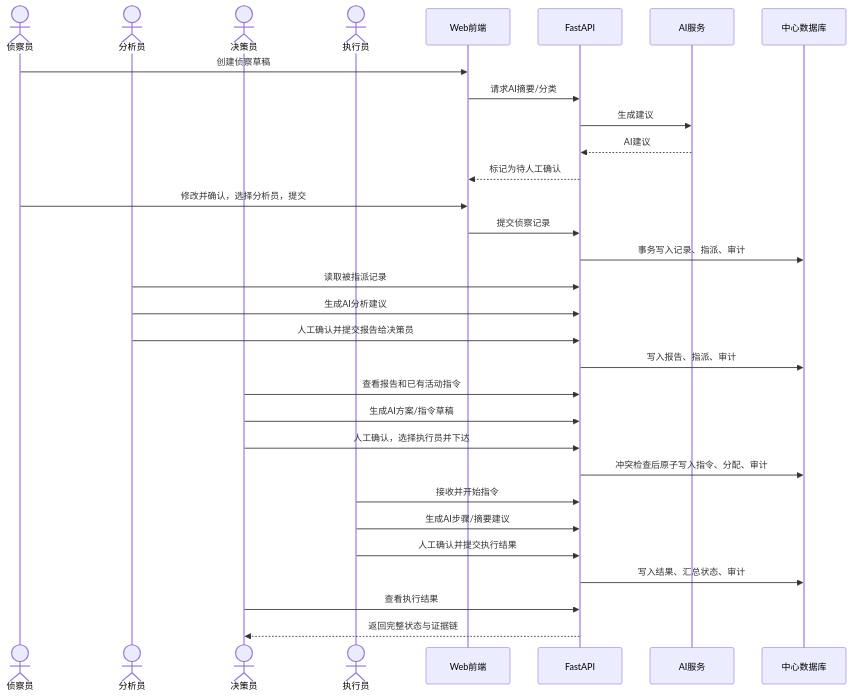
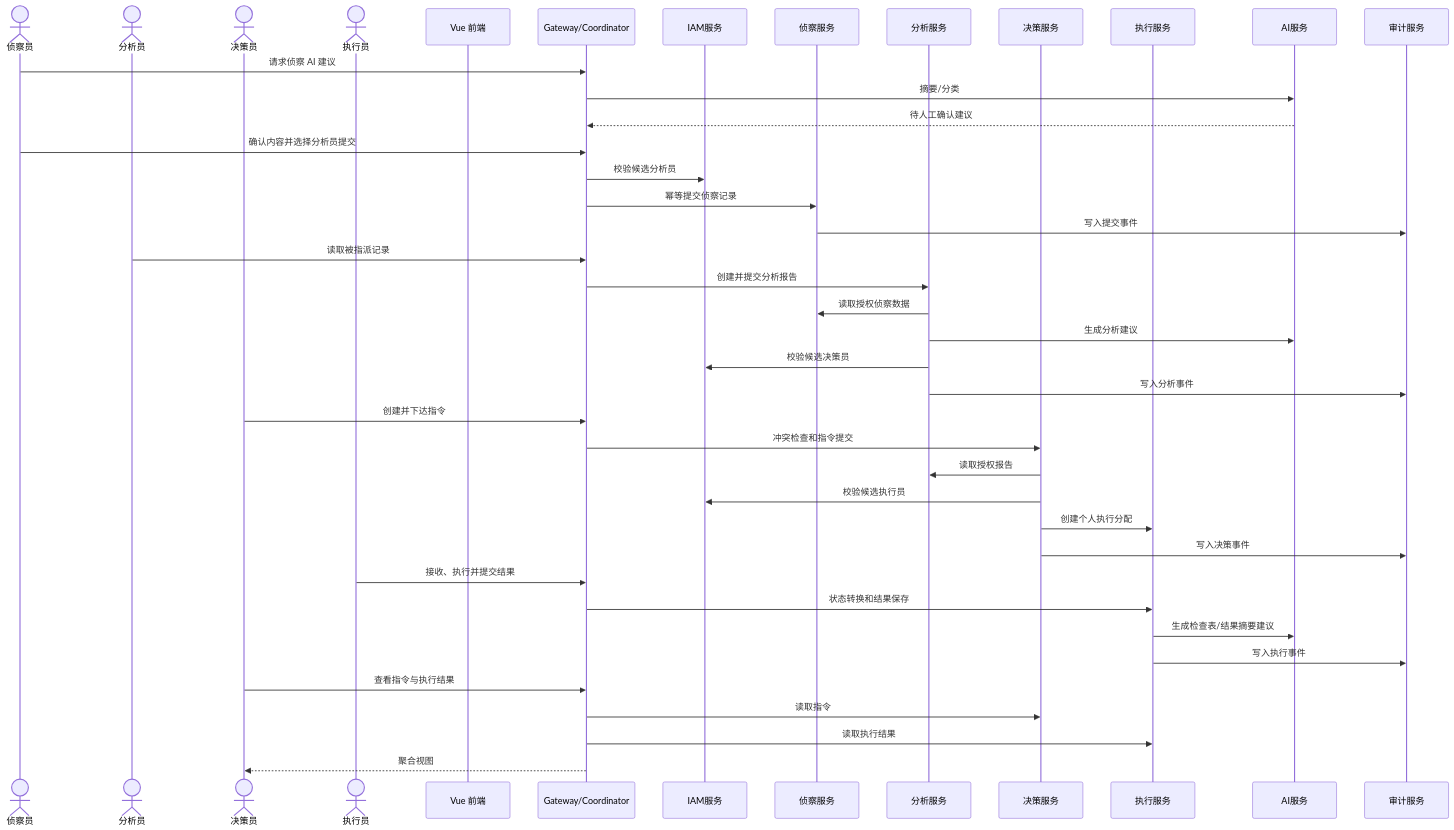
One commit to Nev3r1ove9y0rmyX/NIS changed the third of 4 diagrams in docs/architecture.md. Above: the diagram before and after it, drawn with Mermaid. The commit also changed other lines of this file and 12 other files, not shown here.

````diff
--- a/docs/architecture.md
+++ b/docs/architecture.md
@@ -62,38 +118,48 @@
 ```mermaid
 sequenceDiagram
   actor R as 侦察员
   actor A as 分析员
   actor D as 决策员
   actor E as 执行员
-  participant UI as Web前端
-  participant API as FastAPI
+  participant UI as Vue 前端
+  participant GW as Gateway/Coordinator
+  participant IAM as IAM服务
+  participant REC as 侦察服务
+  participant ANA as 分析服务
+  participant DEC as 决策服务
+  participant EXE as 执行服务
   participant AI as AI服务
-  participant DB as 中心数据库
+  participant AUD as 审计服务
 
-  R->>UI: 创建侦察草稿
-  UI->>API: 请求AI摘要/分类
-  API->>AI: 生成建议
-  AI-->>API: AI建议
-  API-->>UI: 标记为待人工确认
-  R->>UI: 修改并确认，选择分析员，提交
-  UI->>API: 提交侦察记录
-  API->>DB: 事务写入记录、指派、审计
+  R->>GW: 请求侦察 AI 建议
+  GW->>AI: 摘要/分类
+  AI-->>GW: 待人工确认建议
+  R->>GW: 确认内容并选择分析员提交
+  GW->>IAM: 校验候选分析员
+  GW->>REC: 幂等提交侦察记录
+  REC->>AUD: 写入提交事件
 
-  A->>API: 读取被指派记录
-  A->>API: 生成AI分析建议
-  A->>API: 人工确认并提交报告给决策员
-  API->>DB: 写入报告、指派、审计
+  A->>GW: 读取被指派记录
+  GW->>ANA: 创建并提交分析报告
+  ANA->>REC: 读取授权侦察数据
+  ANA->>AI: 生成分析建议
+  ANA->>IAM: 校验候选决策员
+  ANA->>AUD: 写入分析事件
 
-  D->>API: 查看报告和已有活动指令
-  D->>API: 生成AI方案/指令草稿
-  D->>API: 人工确认，选择执行员并下达
-  API->>DB: 冲突检查后原子写入指令、分配、审计
+  D->>GW: 创建并下达指令
+  GW->>DEC: 冲突检查和指令提交
+  DEC->>ANA: 读取授权报告
+  DEC->>IAM: 校验候选执行员
+  DEC->>EXE: 创建个人执行分配
+  DEC->>AUD: 写入决策事件
 
-  E->>API: 接收并开始指令
-  E->>API: 生成AI步骤/摘要建议
-  E->>API: 人工确认并提交执行结果
-  API->>DB: 写入结果、汇总状态、审计
+  E->>GW: 接收、执行并提交结果
+  GW->>EXE: 状态转换和结果保存
+  EXE->>AI: 生成检查表/结果摘要建议
+  EXE->>AUD: 写入执行事件
 
-  D->>API: 查看执行结果
-  API-->>D: 返回完整状态与证据链
+  D->>GW: 查看指令与执行结果
+  GW->>DEC: 读取指令
+  GW->>EXE: 读取执行结果
+  GW-->>D: 聚合视图
 ```
````
